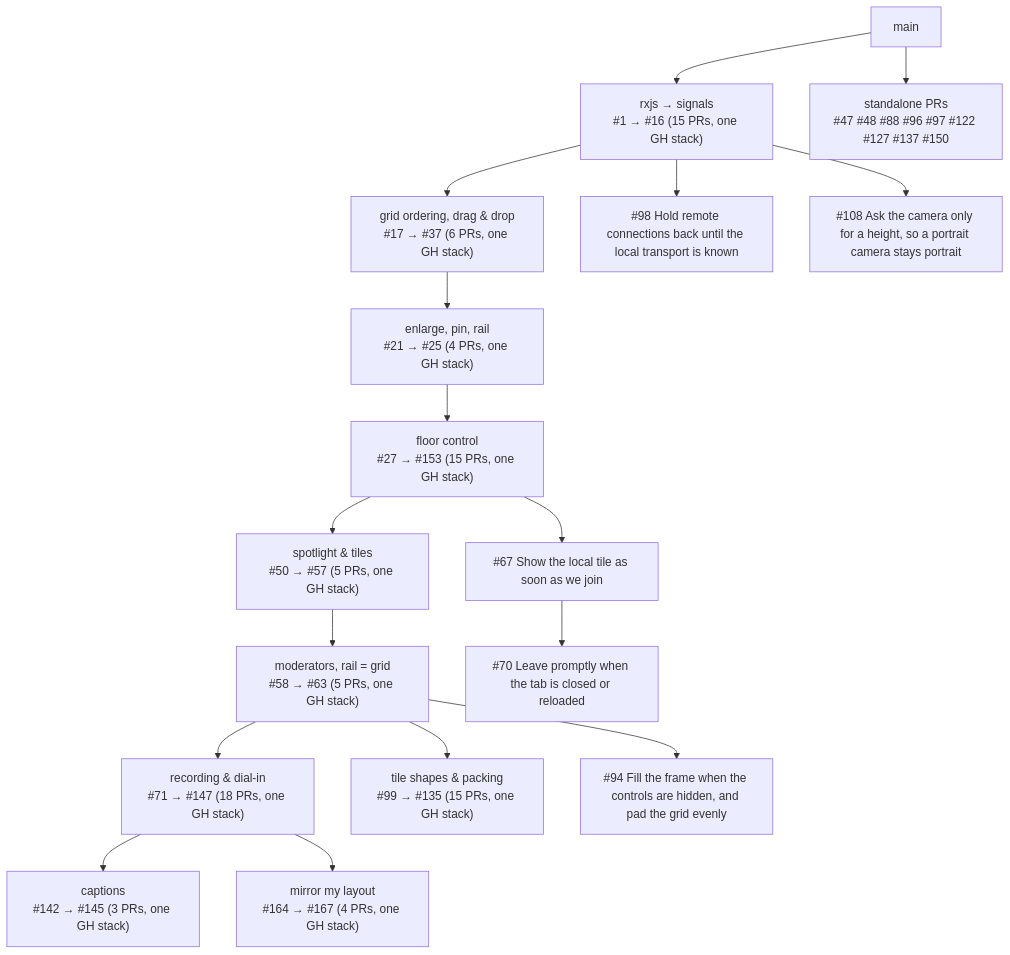
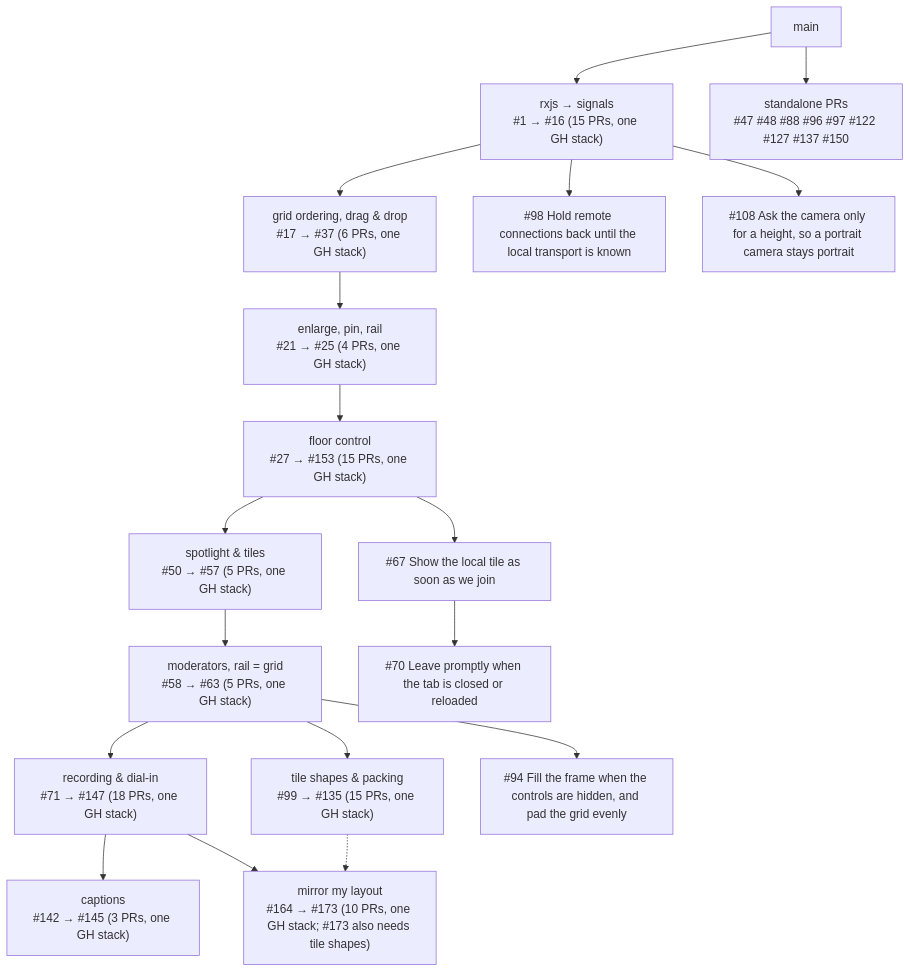
Before and after one commit to MaximilianGaedig/element-call: the diagram in docs/experiment_stack.md, drawn with Mermaid. The commit also changed other lines of this file, not shown here.

Commit message:
Stack overview: #172 sends layout ops reliably, #173 mirrors the tile shape settings

````diff
--- a/docs/experiment_stack.md
+++ b/docs/experiment_stack.md
@@ -21,36 +21,37 @@
 ```mermaid
 graph TD
   main[main]
   foundation["rxjs → signals<br/>#1 → #16 (15 PRs, one GH stack)"]
   main --> foundation
   drag["grid ordering, drag & drop<br/>#17 → #37 (6 PRs, one GH stack)"]
   foundation --> drag
   spotlight["enlarge, pin, rail<br/>#21 → #25 (4 PRs, one GH stack)"]
   drag --> spotlight
   floor["floor control<br/>#27 → #153 (15 PRs, one GH stack)"]
   spotlight --> floor
   spotlight2["spotlight & tiles<br/>#50 → #57 (5 PRs, one GH stack)"]
   floor --> spotlight2
   floor2["moderators, rail = grid<br/>#58 → #63 (5 PRs, one GH stack)"]
   spotlight2 --> floor2
   recording["recording & dial-in<br/>#71 → #147 (18 PRs, one GH stack)"]
   floor2 --> recording
   captions["captions<br/>#142 → #145 (3 PRs, one GH stack)"]
   recording --> captions
-  mirror["mirror my layout<br/>#164 → #167 (4 PRs, one GH stack)"]
+  mirror["mirror my layout<br/>#164 → #173 (10 PRs, one GH stack; #173 also needs tile shapes)"]
   recording --> mirror
+  shapes -.-> mirror
   shapes["tile shapes & packing<br/>#99 → #135 (15 PRs, one GH stack)"]
   floor2 --> shapes
   pr67["#67 Show the local tile as soon as we join"]
   floor --> pr67
   pr70["#70 Leave promptly when the tab is closed or reloaded"]
   pr67 --> pr70
   pr94["#94 Fill the frame when the controls are hidden, and pad the grid evenly"]
   floor2 --> pr94
   pr98["#98 Hold remote connections back until the local transport is known"]
   foundation --> pr98
   pr108["#108 Ask the camera only for a height, so a portrait camera stays portrait"]
   foundation --> pr108
   standalone["standalone PRs<br/>#47 #48 #88 #96 #97 #122 #127 #137 #150"]
   main --> standalone
 ```
````
